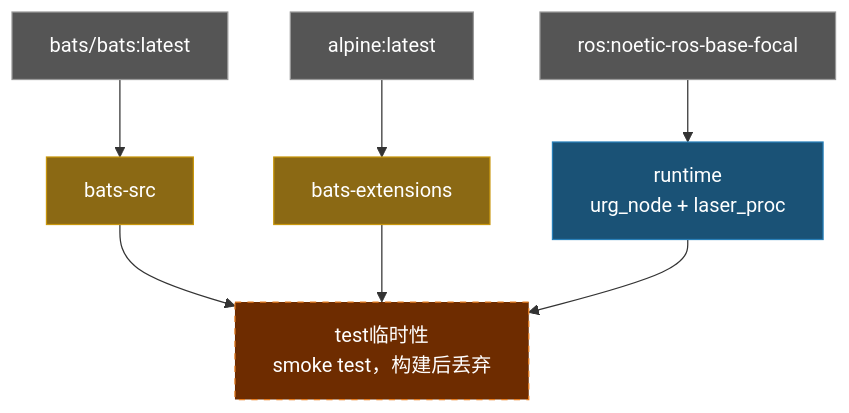
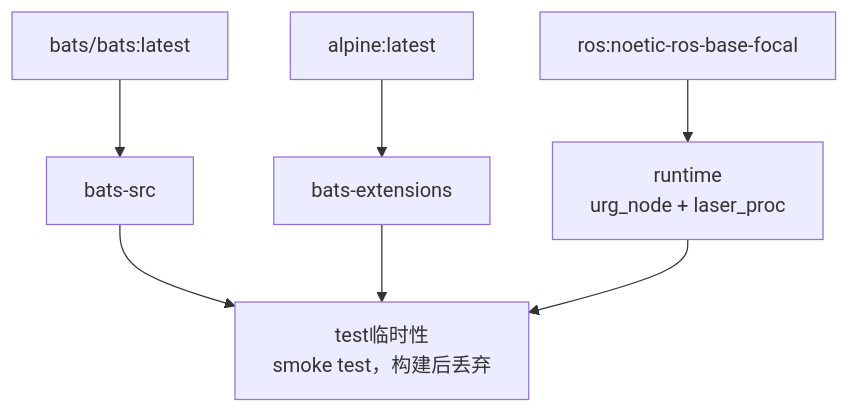
The diagram in doc/README.zh-CN.md (ycpss91255-docker/urg_node_noetic), drawn with Mermaid before and after one commit. The commit also changed 3 other files, not shown here.

Commit message:
docs: remove mermaid background colors from architecture diagrams (#15)

````diff
--- a/doc/README.zh-CN.md
+++ b/doc/README.zh-CN.md
@@ -84,20 +84,16 @@
 ```mermaid
 graph TD
-    EXT1["bats/bats:latest"]:::external
-    EXT2["alpine:latest"]:::external
-    EXT3["ros:noetic-ros-base-focal"]:::external
+    EXT1["bats/bats:latest"]
+    EXT2["alpine:latest"]
+    EXT3["ros:noetic-ros-base-focal"]
 
-    EXT1 --> bats-src["bats-src"]:::tool
-    EXT2 --> bats-ext["bats-extensions"]:::tool
+    EXT1 --> bats-src["bats-src"]
+    EXT2 --> bats-ext["bats-extensions"]
 
-    EXT3 --> runtime["runtime\nurg_node + laser_proc"]:::stage
+    EXT3 --> runtime["runtime\nurg_node + laser_proc"]
 
-    bats-src --> test["test临时性\nsmoke test，构建后丢弃"]:::ephemeral
+    bats-src --> test["test临时性\nsmoke test，构建后丢弃"]
     bats-ext --> test
     runtime --> test
 
-    classDef external fill:#555,color:#fff,stroke:#999
-    classDef tool fill:#8B6914,color:#fff,stroke:#c8960c
-    classDef stage fill:#1a5276,color:#fff,stroke:#2980b9
-    classDef ephemeral fill:#6e2c00,color:#fff,stroke:#e67e22,stroke-dasharray:5 5
 ```
````
